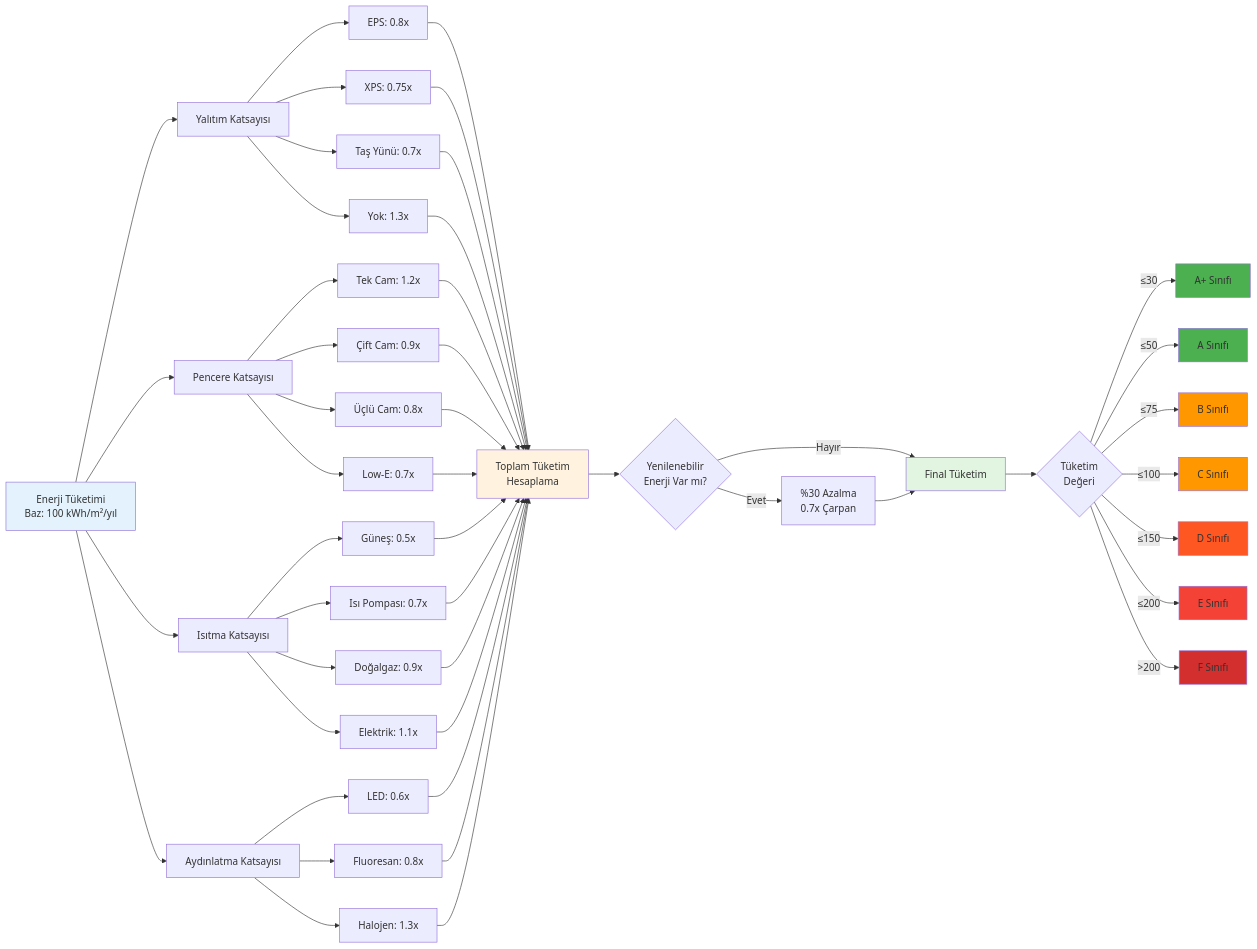
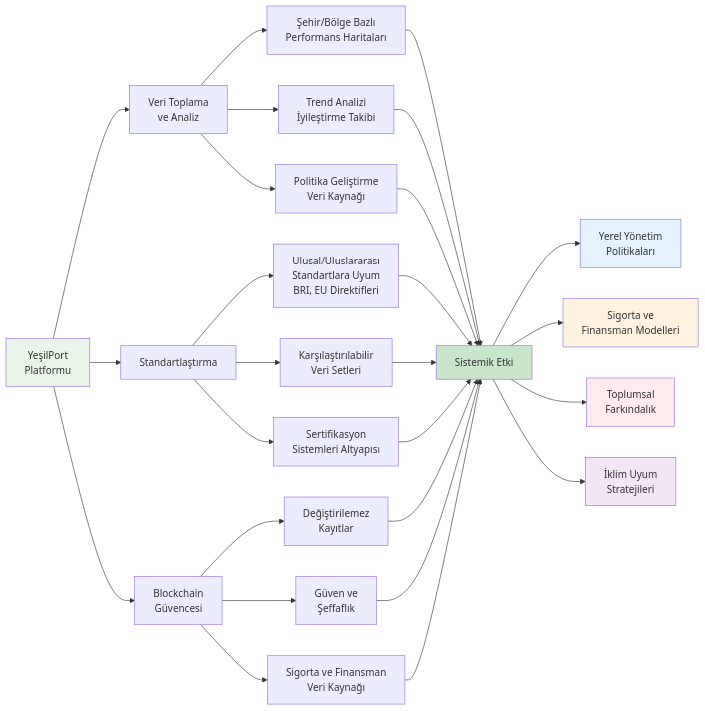
The tenth of 10 diagrams in doc1.md (enliven17/sgt-YesilPort-dokumantasyon), drawn with Mermaid before and after one commit. The commit also changed other lines of this file, not shown here.

````diff
--- a/doc1.md
+++ b/doc1.md
@@ -642,67 +870,40 @@
 ```mermaid
-flowchart LR
-    A[Enerji Tüketimi<br/>Baz: 100 kWh/m²/yıl] --> B[Yalıtım Katsayısı]
-    A --> C[Pencere Katsayısı]
-    A --> D[Isıtma Katsayısı]
-    A --> E[Aydınlatma Katsayısı]
+graph LR
+    A[YeşilPort<br/>Platformu] --> B[Veri Toplama<br/>ve Analiz]
+    A --> C[Standartlaştırma]
+    A --> D[Blockchain<br/>Güvencesi]
     
-    B --> B1[EPS: 0.8x]
-    B --> B2[XPS: 0.75x]
-    B --> B3[Taş Yünü: 0.7x]
-    B --> B4[Yok: 1.3x]
+    B --> B1[Şehir/Bölge Bazlı<br/>Performans Haritaları]
+    B --> B2[Trend Analizi<br/>İyileştirme Takibi]
+    B --> B3[Politika Geliştirme<br/>Veri Kaynağı]
     
-    C --> C1[Tek Cam: 1.2x]
-    C --> C2[Çift Cam: 0.9x]
-    C --> C3[Üçlü Cam: 0.8x]
-    C --> C4[Low-E: 0.7x]
+    C --> C1[Ulusal/Uluslararası<br/>Standartlara Uyum<br/>BRI, EU Direktifleri]
+    C --> C2[Karşılaştırılabilir<br/>Veri Setleri]
+    C --> C3[Sertifikasyon<br/>Sistemleri Altyapısı]
     
-    D --> D1[Güneş: 0.5x]
-    D --> D2[Isı Pompası: 0.7x]
-    D --> D3[Doğalgaz: 0.9x]
-    D --> D4[Elektrik: 1.1x]
+    D --> D1[Değiştirilemez<br/>Kayıtlar]
+    D --> D2[Güven ve<br/>Şeffaflık]
+    D --> D3[Sigorta ve Finansman<br/>Veri Kaynağı]
     
-    E --> E1[LED: 0.6x]
-    E --> E2[Fluoresan: 0.8x]
-    E --> E3[Halojen: 1.3x]
+    B1 --> E[Sistemik Etki]
+    B2 --> E
+    B3 --> E
+    C1 --> E
+    C2 --> E
+    C3 --> E
+    D1 --> E
+    D2 --> E
+    D3 --> E
     
-    B1 --> F[Toplam Tüketim<br/>Hesaplama]
-    B2 --> F
-    B3 --> F
-    B4 --> F
-    C1 --> F
-    C2 --> F
-    C3 --> F
-    C4 --> F
-    D1 --> F
-    D2 --> F
-    D3 --> F
-    D4 --> F
-    E1 --> F
-    E2 --> F
-    E3 --> F
+    E --> F[Yerel Yönetim<br/>Politikaları]
+    E --> G[Sigorta ve<br/>Finansman Modelleri]
+    E --> H[Toplumsal<br/>Farkındalık]
+    E --> I[İklim Uyum<br/>Stratejileri]
     
-    F --> G{Yenilenebilir<br/>Enerji Var mı?}
-    G -->|Evet| H[%30 Azalma<br/>0.7x Çarpan]
-    G -->|Hayır| I[Final Tüketim]
-    H --> I
-    
-    I --> J{Tüketim<br/>Değeri}
-    J -->|≤30| K1[A+ Sınıfı]
-    J -->|≤50| K2[A Sınıfı]
-    J -->|≤75| K3[B Sınıfı]
-    J -->|≤100| K4[C Sınıfı]
-    J -->|≤150| K5[D Sınıfı]
-    J -->|≤200| K6[E Sınıfı]
-    J -->|>200| K7[F Sınıfı]
-    
-    style A fill:#e3f2fd
-    style F fill:#fff3e0
-    style I fill:#e1f5e1
-    style K1 fill:#4caf50
-    style K2 fill:#4caf50
-    style K3 fill:#ff9800
-    style K4 fill:#ff9800
-    style K5 fill:#ff5722
-    style K6 fill:#f44336
-    style K7 fill:#d32f2f
+    style A fill:#e8f5e8
+    style E fill:#c8e6c9
+    style F fill:#e3f2fd
+    style G fill:#fff3e0
+    style H fill:#ffebee
+    style I fill:#f3e5f5
 ```
````
